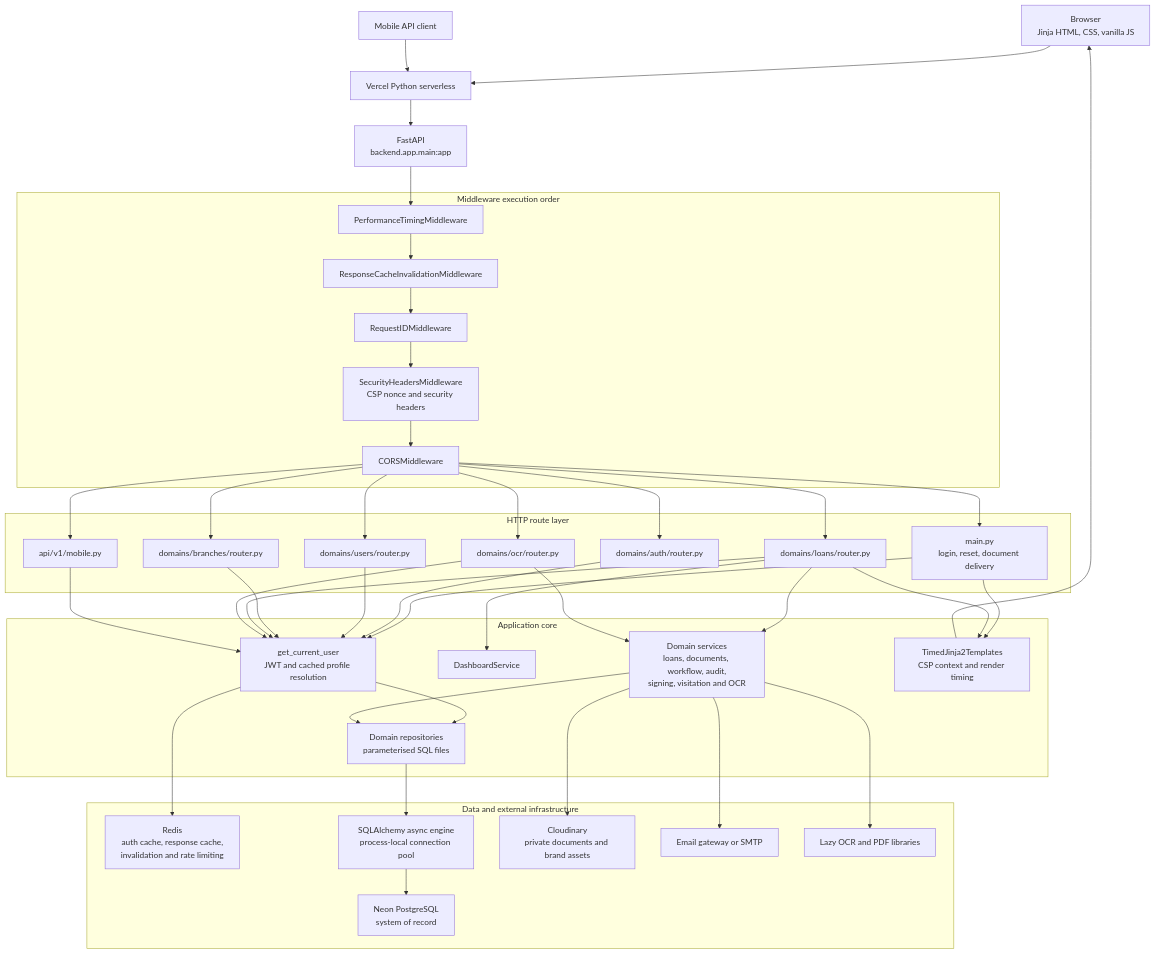
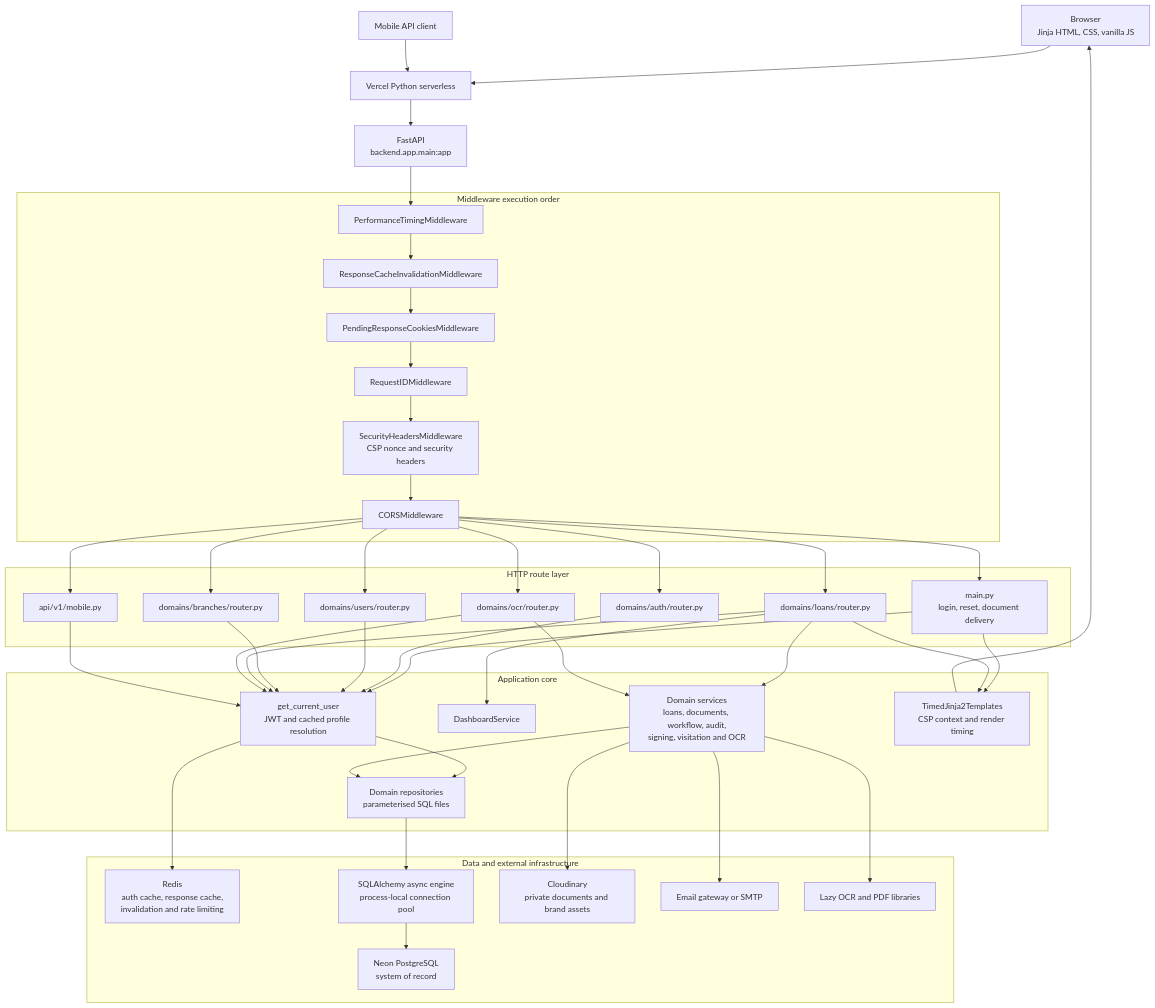
Before and after one commit to Opeoluwa-Muritala/FieldCRM-Project: the diagram in docs/system-architecture/current-component-map.md, drawn with Mermaid. The commit also changed 38 other files, not shown here.

```diff
--- a/docs/system-architecture/current-component-map.md
+++ b/docs/system-architecture/current-component-map.md
@@ -25,6 +25,7 @@
     subgraph Middleware["Middleware execution order"]
         Performance["PerformanceTimingMiddleware"]
         CacheInvalidation["ResponseCacheInvalidationMiddleware"]
+        PendingCookies["PendingResponseCookiesMiddleware"]
         RequestID["RequestIDMiddleware"]
         Security["SecurityHeadersMiddleware<br/>CSP nonce and security headers"]
         CORS["CORSMiddleware"]
@@ -62,7 +63,8 @@
     Vercel --> App
     App --> Performance
     Performance --> CacheInvalidation
-    CacheInvalidation --> RequestID
+    CacheInvalidation --> PendingCookies
+    PendingCookies --> RequestID
     RequestID --> Security
     Security --> CORS
 
```
